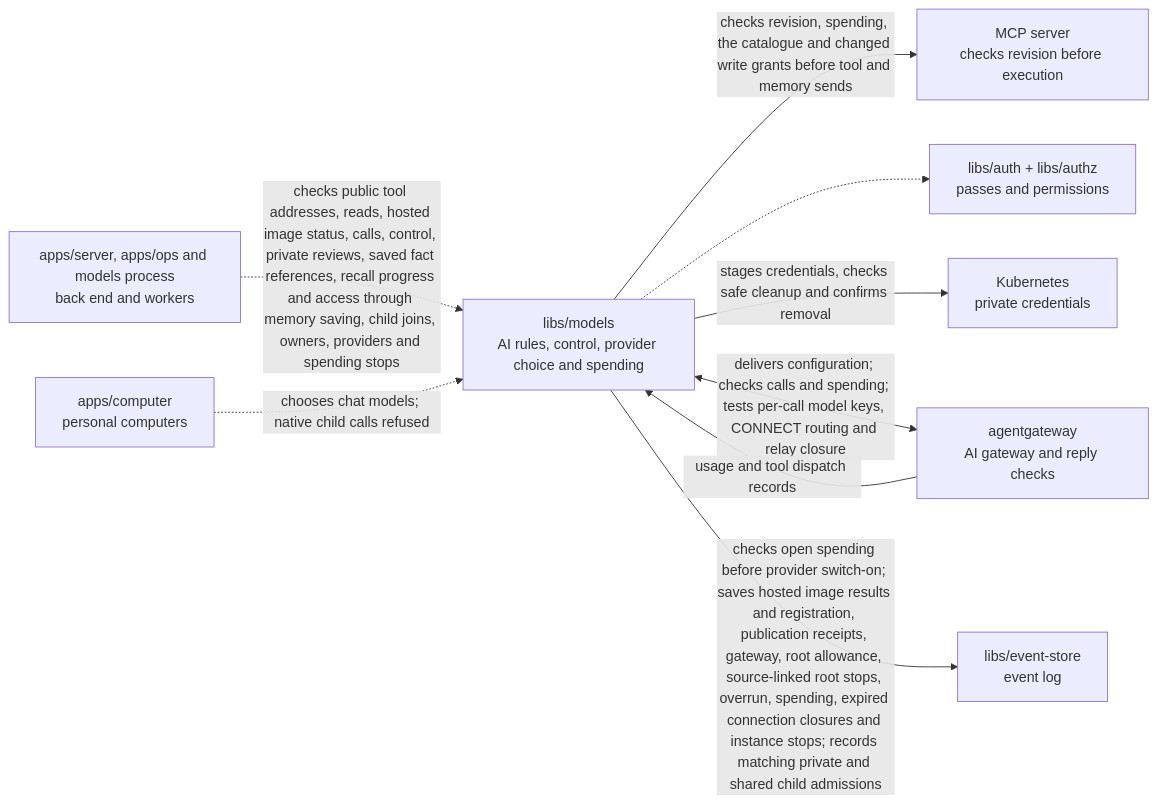
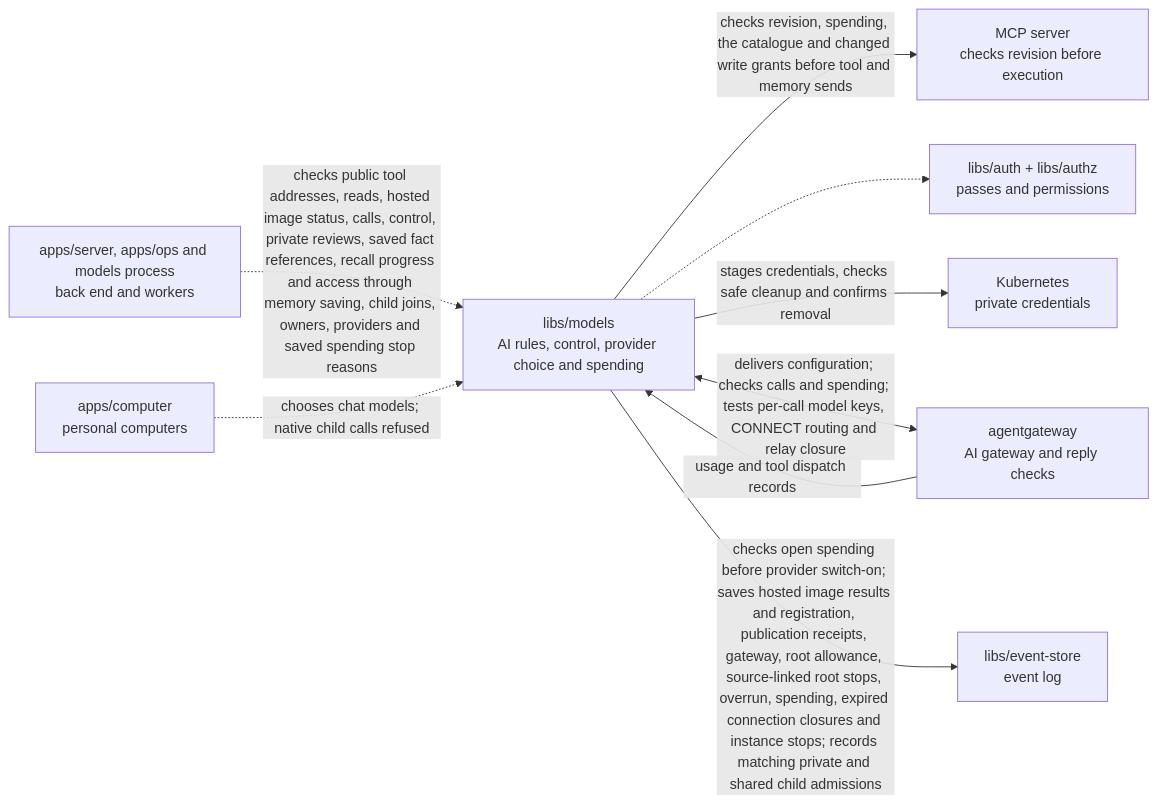
Before and after one commit to elewa-git/opencrane-new: the diagram in libs/models/README.md, drawn with Mermaid. The commit also changed other lines of this file and 15 other files, not shown here.

Commit message:
💶 Let participants read a turn’s saved spending stop

````diff
--- a/libs/models/README.md
+++ b/libs/models/README.md
@@ -14,11 +14,11 @@
 ```mermaid
 flowchart LR
-  server["apps/server, apps/ops and models process<br/>back end and workers"] -.->|checks public tool addresses, reads, hosted image status, calls, control, private reviews, saved fact references, recall progress and access through memory saving, child joins, owners, providers and spending stops| models["libs/models<br/>AI rules, control, provider choice and spending"]
+  server["apps/server, apps/ops and models process<br/>back end and workers"] -.->|checks public tool addresses, reads, hosted image status, calls, control, private reviews, saved fact references, recall progress and access through memory saving, child joins, owners, providers and saved spending stop reasons| models["libs/models<br/>AI rules, control, provider choice and spending"]
   models -->|checks revision, spending, the catalogue and changed write grants before tool and memory sends| mcp["MCP server<br/>checks revision before execution"]
   computer["apps/computer<br/>personal computers"] -.->|chooses chat models; native child calls refused| models
   models -.-> auth["libs/auth + libs/authz<br/>passes and permissions"]
   models -->|stages credentials, checks safe cleanup and confirms removal| custody["Kubernetes<br/>private credentials"]
   models <-->|delivers configuration; checks calls and spending; tests per-call model keys, CONNECT routing and relay closure| gateway["agentgateway<br/>AI gateway and reply checks"]
   gateway -->|usage and tool dispatch records| models
   models -->|checks open spending before provider switch-on; saves hosted image results and registration, publication receipts, gateway, root allowance, source-linked root stops, overrun, spending, expired connection closures and instance stops; records matching private and shared child admissions| store["libs/event-store<br/>event log"]
 ```
````
